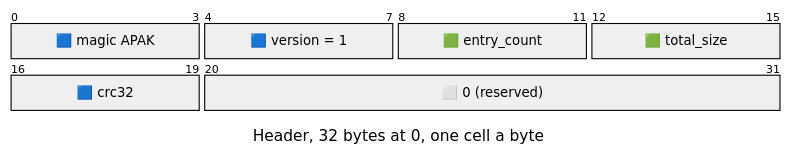
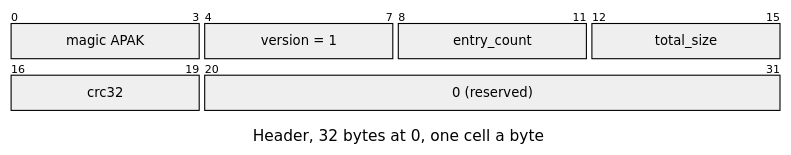
The first of 2 diagrams in docs/assets/formats/APAK.md (jose-villegas/autana), drawn with Mermaid before and after one commit. The commit also changed other lines of this file and 13 other files, not shown here.

Commit message:
formats: fill each packet box by its field's role through themeCSS the role gate writes, replacing the label squares (autana-edcif)

````diff
--- a/docs/assets/formats/APAK.md
+++ b/docs/assets/formats/APAK.md
@@ -5,16 +5,17 @@
 ```mermaid
 ---
 config:
+  themeCSS: "g:nth-of-type(2) rect:nth-of-type(1) { fill: #8fb3ee !important; } g:nth-of-type(2) rect:nth-of-type(2) { fill: #8fb3ee !important; } g:nth-of-type(2) rect:nth-of-type(3) { fill: #93d6b0 !important; } g:nth-of-type(2) rect:nth-of-type(4) { fill: #93d6b0 !important; } g:nth-of-type(3) rect:nth-of-type(1) { fill: #8fb3ee !important; } g:nth-of-type(3) rect:nth-of-type(2) { fill: #ffffff !important; stroke-dasharray: 4 3 !important; } .packetLabel { fill: #1b1b1b !important; }"
   packet:
     bitsPerRow: 16
     bitWidth: 44
 ---
 packet-beta
 title Header, 32 bytes at 0, one cell a byte
-0-3: "🟦 magic APAK"
-4-7: "🟦 version = 1"
-8-11: "🟩 entry_count"
-12-15: "🟩 total_size"
-16-19: "🟦 crc32"
-20-31: "⬜ 0 (reserved)"
+0-3: "magic APAK"
+4-7: "version = 1"
+8-11: "entry_count"
+12-15: "total_size"
+16-19: "crc32"
+20-31: "0 (reserved)"
 ```
````
